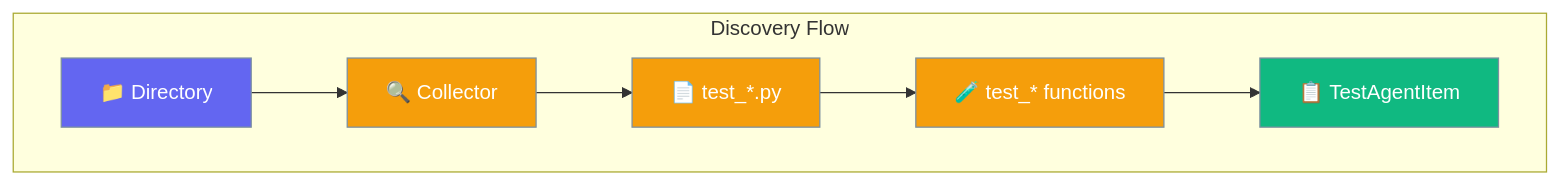
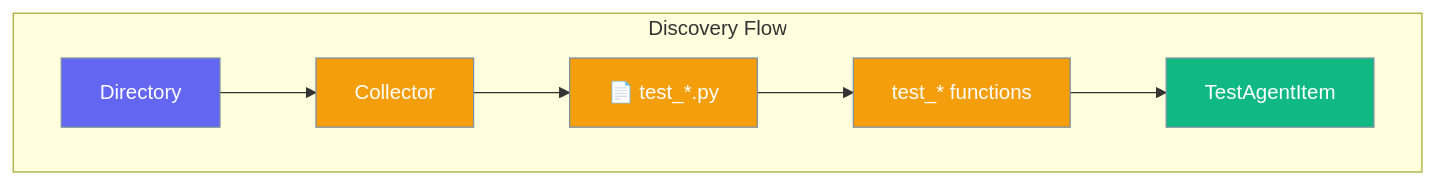
Before and after one commit to MervinPraison/TestAgent: the diagram in docs/features/discovery.md, drawn with Mermaid. The commit also changed 4 other files, not shown here.

Commit message:
fix: Remove emojis from mermaid diagrams for compatibility

````diff
--- a/docs/features/discovery.md
+++ b/docs/features/discovery.md
@@ -5,17 +5,17 @@
 ```mermaid
 graph TB
     subgraph "Discovery Flow"
-        A[📁 Directory] --> B[🔍 Collector]
+        A[Directory] --> B[Collector]
         B --> C[📄 test_*.py]
-        C --> D[🧪 test_* functions]
-        D --> E[📋 TestAgentItem]
+        C --> D[test_* functions]
+        D --> E[TestAgentItem]
     end
     
     classDef input fill:#6366F1,stroke:#7C90A0,color:#fff
     classDef process fill:#F59E0B,stroke:#7C90A0,color:#fff
     classDef output fill:#10B981,stroke:#7C90A0,color:#fff
     
     class A input
     class B,C,D process
     class E output
 ```
````
